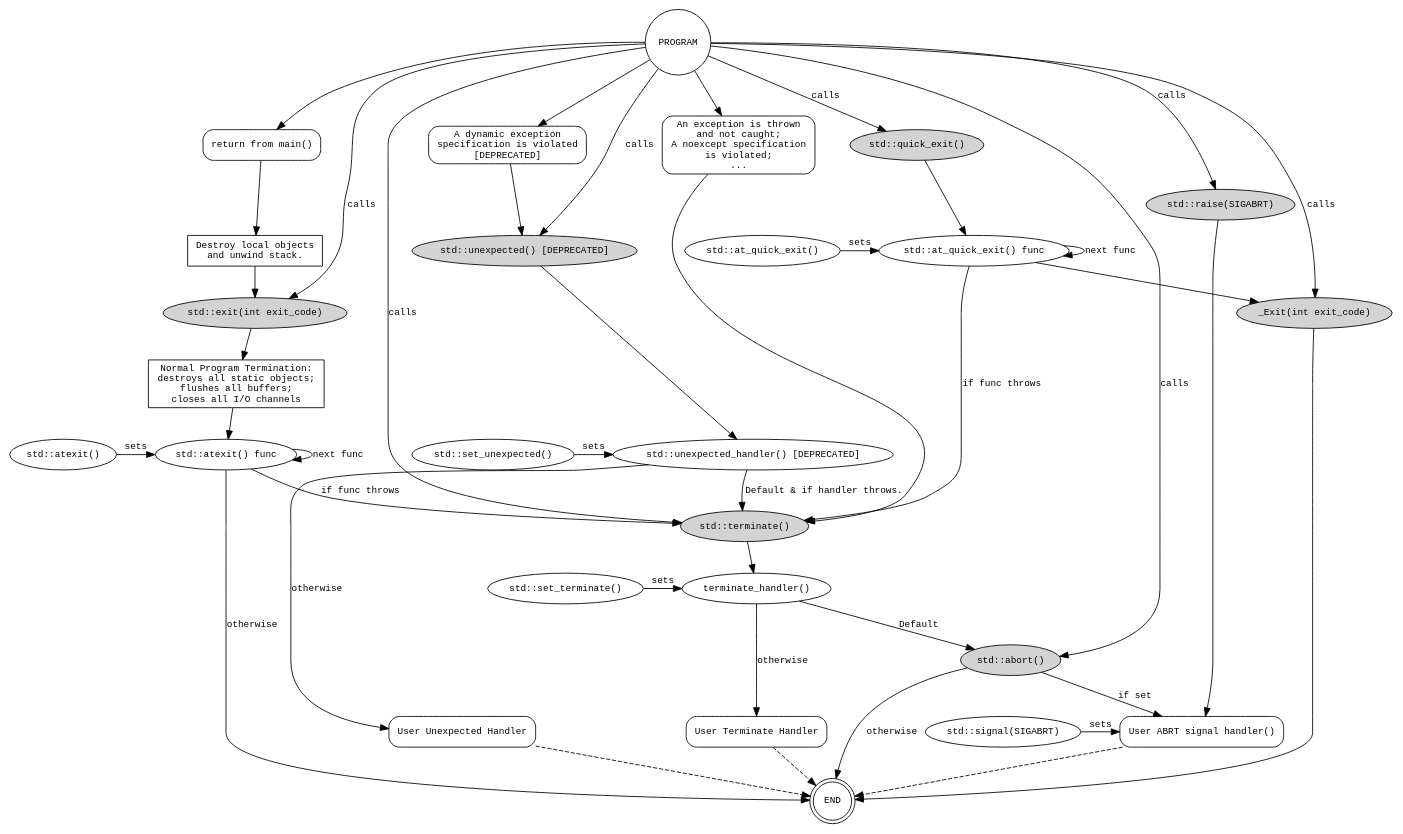
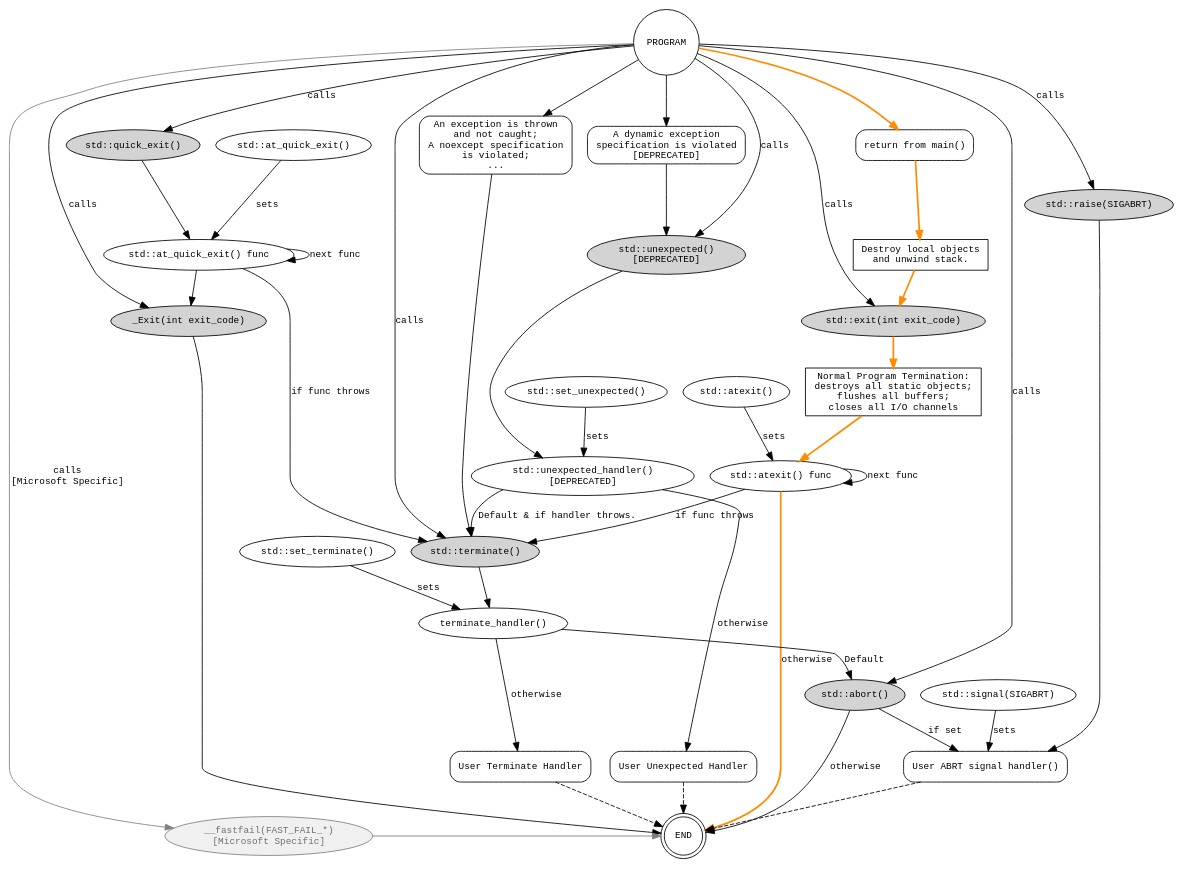
Before and after one commit to adishavit/Terminators: the diagram in termination_graph.gv, drawn with Graphviz. The commit also changed 2 other files, not shown here.

Commit message:
Diagram updates: - Show normal program termination path (orange) - Added Microsoft specific __fastfail().

```diff
--- a/termination_graph.gv
+++ b/termination_graph.gv
@@ -1,104 +1,114 @@
 // http://www.graphviz.org/doc/info/attrs.html
 digraph g{
-  node [fontsize=11,fontname="Monospace"];
+  node [fontsize=11,fontname="Monospace"];	
   edge [fontsize=11,fontname="Monospace"];
   //rankdir=LR
   //ratio=1.5
    
   exit                      [label="std::exit(int exit_code)",style="filled"]
   Cleanup                   [label="Normal Program Termination:\ndestroys all static objects;\n flushes all buffers;\n closes all I/O channels",shape=box];
   atexit_func               [label="std::atexit() func"];
   atexit                    [label="std::atexit()"];
   terminate                 [label="std::terminate()",style="filled"]
   abort                     [label="std::abort()",style="filled"]
   quick_exit                [label="std::quick_exit()",style="filled"]
   at_quick_exit_func        [label="std::at_quick_exit() func"];
   at_quick_exit             [label="std::at_quick_exit()"];
   _Exit                     [label="_Exit(int exit_code)",style="filled"]
   terminate_handler         [label="terminate_handler()"]
   mainReturn                [label="return from main()",shape=box,style="rounded"];
   destroyLocal              [label="Destroy local objects\nand unwind stack.", shape=box];
   terminateCause            [label="An exception is thrown\nand not caught;\nA noexcept specification\nis violated;\n...",shape=box,style="rounded"];
   unexpectedCause           [label="A dynamic exception\nspecification is violated\n[DEPRECATED]",shape=box,style="rounded"];
-  unexpected                [label="std::unexpected() [DEPRECATED]",style="filled"]
-  unexpected_handler        [label="std::unexpected_handler() [DEPRECATED]"];
+  unexpected                [label="std::unexpected()\n[DEPRECATED]",style="filled"]
+  unexpected_handler        [label="std::unexpected_handler()\n[DEPRECATED]"];
   user_unexpected_handler   [label="User Unexpected Handler",shape=box,style="rounded"]
   set_unexpected            [label="std::set_unexpected()"]
   user_terminate_handler    [label="User Terminate Handler",shape=box,style="rounded"];
   set_terminate             [label="std::set_terminate()"]
   signal                    [label="std::signal(SIGABRT)"]
-  user_signal_handler            [label="User ABRT signal handler()",shape=box,style="rounded"]
+  user_signal_handler       [label="User ABRT signal handler()",shape=box,style="rounded"]
   raise						[label="std::raise(SIGABRT)",style="filled"]
   PROGRAM                   [shape=circle];
   END                       [shape=doublecircle];
+  
+  __fastfail				[label="__fastfail(FAST_FAIL_*)\n[Microsoft Specific]",style="filled",fillcolor=gray94, color=gray,fontcolor=gray44]
 
   /////////////////////////////////////////////////////////////////////////////
 
-  PROGRAM -> mainReturn
+  PROGRAM -> mainReturn [color=darkorange style=bold]
   PROGRAM -> terminateCause
   PROGRAM -> unexpectedCause
   PROGRAM -> exit [label=calls]
   PROGRAM -> quick_exit [label=calls]
   PROGRAM -> unexpected [label=calls]
   PROGRAM -> abort [label=calls]
   PROGRAM -> terminate [label=calls]
   PROGRAM -> _Exit [label=calls]
   PROGRAM -> raise [label=calls]
   
-  exit  -> Cleanup;
-  Cleanup -> atexit_func;
+  exit  -> Cleanup [color=darkorange style=bold]
+  Cleanup -> atexit_func  [color=darkorange style=bold]
   atexit -> atexit_func [label=sets]
   atexit_func -> atexit_func [label="next func"]
   atexit_func -> terminate [label="if func throws"];
-  atexit_func -> END [label=otherwise]
+  atexit_func -> END [label=otherwise color=darkorange style=bold]
   abort -> END [label=otherwise]
   
   at_quick_exit -> at_quick_exit_func [label=sets]
   quick_exit-> at_quick_exit_func; 
   at_quick_exit_func -> at_quick_exit_func [label="next func"];
   at_quick_exit_func -> terminate [label="if func throws"];
   at_quick_exit_func -> _Exit
   
   _Exit -> END
   terminate -> terminate_handler
   terminate_handler -> abort [label="Default"]
   terminate_handler -> user_terminate_handler [label="otherwise"]
   set_terminate -> terminate_handler [label=sets]
   terminateCause -> terminate
   
-  mainReturn -> destroyLocal
-  destroyLocal -> exit
+  mainReturn -> destroyLocal [color=darkorange style=bold]
+  destroyLocal -> exit [color=darkorange style=bold]
 
   unexpectedCause -> unexpected
   unexpected -> unexpected_handler
   unexpected_handler -> terminate [label="Default & if handler throws."]
   unexpected_handler -> user_unexpected_handler [label=otherwise];
   set_unexpected -> unexpected_handler [label=sets];  
   
   user_unexpected_handler -> END [style=dashed];
   user_terminate_handler -> END [style=dashed];
   
   signal -> user_signal_handler [label=sets]
   abort -> user_signal_handler [label="if set"]
   user_signal_handler -> END [style=dashed];
   raise -> user_signal_handler
   
   
+  PROGRAM -> __fastfail [label="calls\n[Microsoft Specific]", color=gray]
+  __fastfail -> END [color=gray]
+
+  // invisibles
+  //terminate -> abort [style="invis"]
+  
   /////////////////////////////////////////////////////////////////////////////
   
   {rank=source; PROGRAM }
   {rank=same; mainReturn terminateCause unexpectedCause}  
   
-  {rank=same; at_quick_exit at_quick_exit_func}
-  {rank=same; set_terminate terminate_handler}
-  {rank=same; set_unexpected unexpected_handler}
-  {rank=same; atexit atexit_func}
-  {rank=same; signal user_signal_handler }
+  //{rank=same; at_quick_exit at_quick_exit_func}
+  //{rank=same; set_terminate terminate_handler}
+  //{rank=same; set_unexpected unexpected_handler}
+  //{rank=same; atexit atexit_func}
+  //{rank=same; signal user_signal_handler }
 
-  //{rank=same; quick_exit raise exit terminate unexpected abort _Exit}
-  
+  //{rank=same; quick_exit raise exit terminate unexpected abort _Exit __fastfail}
+  //{rank=same;  _Exit __fastfail }
+  //{rank=same;  abort raise  }
+  {rank=same; __fastfail END  }
   
   
   {rank=same; user_unexpected_handler user_terminate_handler user_signal_handler}
   {rank=sink; END }
 }
```
